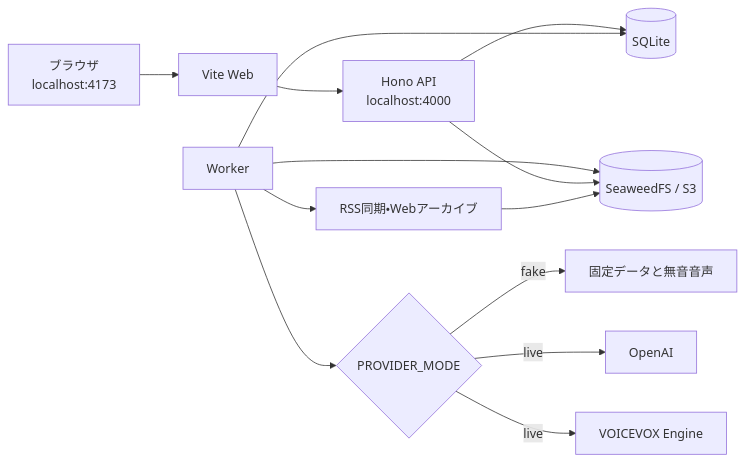
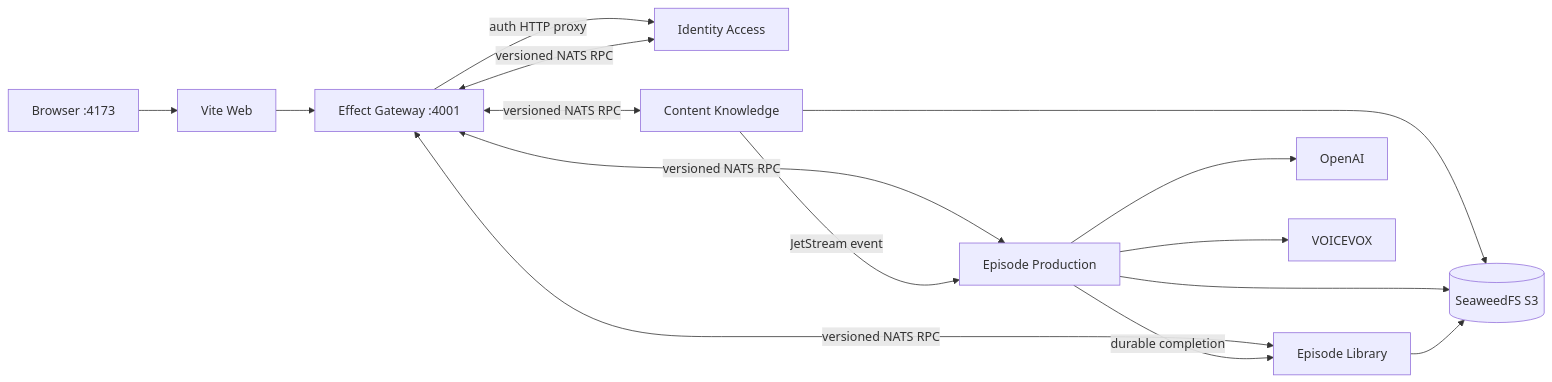
Before and after one commit to r4ai/news-podcast: the first of 3 diagrams in docs/development.md, drawn with Mermaid. The commit also changed other lines of this file and 9 other files, not shown here.

Commit message:
docs(architecture): close functional DDD migration

````diff
--- a/docs/development.md
+++ b/docs/development.md
@@ -98,15 +45,17 @@
 ```mermaid
 flowchart LR
-    Browser["ブラウザ<br/>localhost:4173"] --> Web["Vite Web"]
-    Web --> API["Hono API<br/>localhost:4000"]
-    API --> DB[("SQLite")]
-    Worker["Worker"] --> DB
-    Worker --> Provider{"PROVIDER_MODE"}
-    Provider -->|fake| Fake["固定データと無音音声"]
-    Provider -->|live| OpenAI["OpenAI"]
-    Provider -->|live| Voicevox["VOICEVOX Engine"]
-    Worker --> Objects[("SeaweedFS / S3")]
-    API --> Objects
-    Worker --> Archive["RSS同期・Webアーカイブ"]
-    Archive --> Objects
+  Browser["Browser :4173"] --> Web["Vite Web"]
+  Web --> Gateway["Effect Gateway :4001"]
+  Gateway -->|"auth HTTP proxy"| Identity["Identity Access"]
+  Gateway <-->|"versioned NATS RPC"| Identity
+  Gateway <-->|"versioned NATS RPC"| Content["Content Knowledge"]
+  Gateway <-->|"versioned NATS RPC"| Production["Episode Production"]
+  Gateway <-->|"versioned NATS RPC"| Library["Episode Library"]
+  Content -->|"JetStream event"| Production
+  Production -->|"durable completion"| Library
+  Content --> S3[("SeaweedFS S3")]
+  Production --> S3
+  Library --> S3
+  Production --> OpenAI["OpenAI"]
+  Production --> Voicevox["VOICEVOX"]
 ```
````
